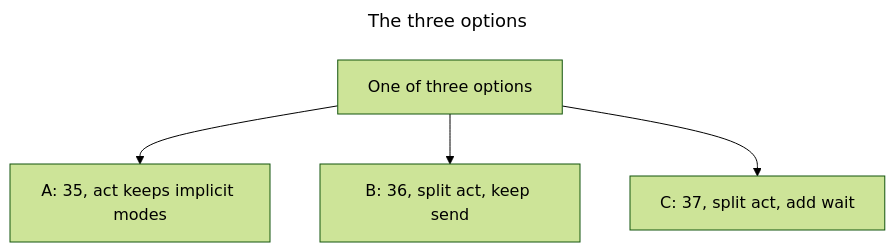
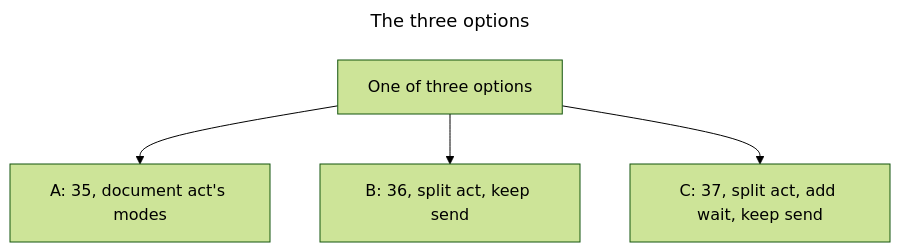
Before and after one commit to synaptiai/agent-capability-standard: the seventh of 8 diagrams in docs/methodology/SKILLS_ALIGNMENT_EVALUATION.md, drawn with Mermaid (forest theme). The commit also changed 1 other file, not shown here.

Commit message:
docs: two captions match their drawings
The three options boxes state what each caption says, and the FAQ
covered-proposals caption drops a clause the drawing does not show.

Refs #125

Claude-Session: https://claude.ai/code/session_01Jea2Va3FATnCydAsWsbLXR

````diff
--- a/docs/methodology/SKILLS_ALIGNMENT_EVALUATION.md
+++ b/docs/methodology/SKILLS_ALIGNMENT_EVALUATION.md
@@ -387,10 +387,10 @@
 ```mermaid
 ---
 title: The three options
 ---
 flowchart TB
   accDescr: The recommended changes are three alternative options: A keeps 35 capabilities and documents act's implicit modes; B splits act into execute and mutate for 36 and keeps send; C splits act, adds wait and keeps send, for 37.
-  q[One of three options] --> a["A: 35, act keeps implicit modes"]
+  q[One of three options] --> a["A: 35, document act's modes"]
   q --> b["B: 36, split act, keep send"]
-  q --> c["C: 37, split act, add wait"]
+  q --> c["C: 37, split act, add wait, keep send"]
 ```
````
